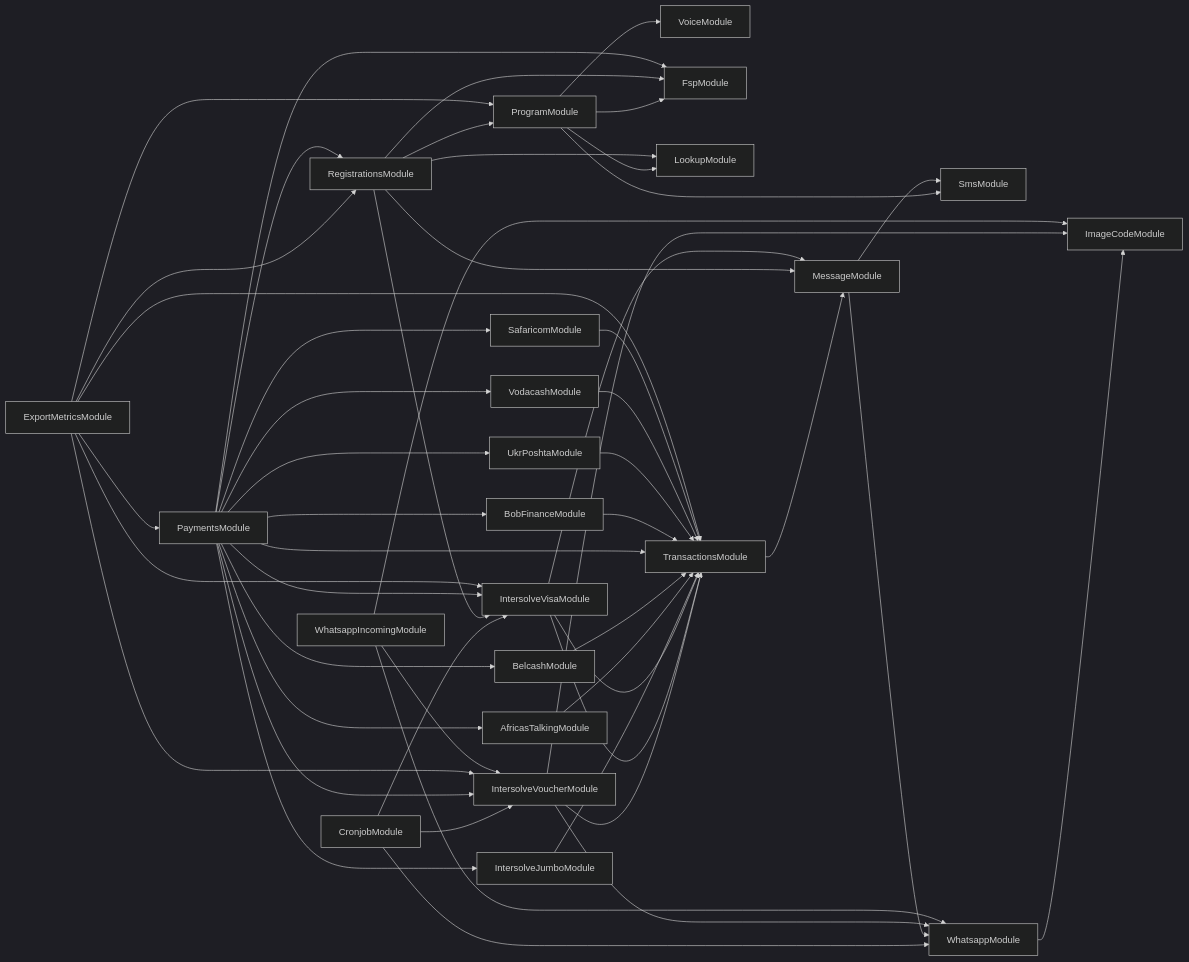
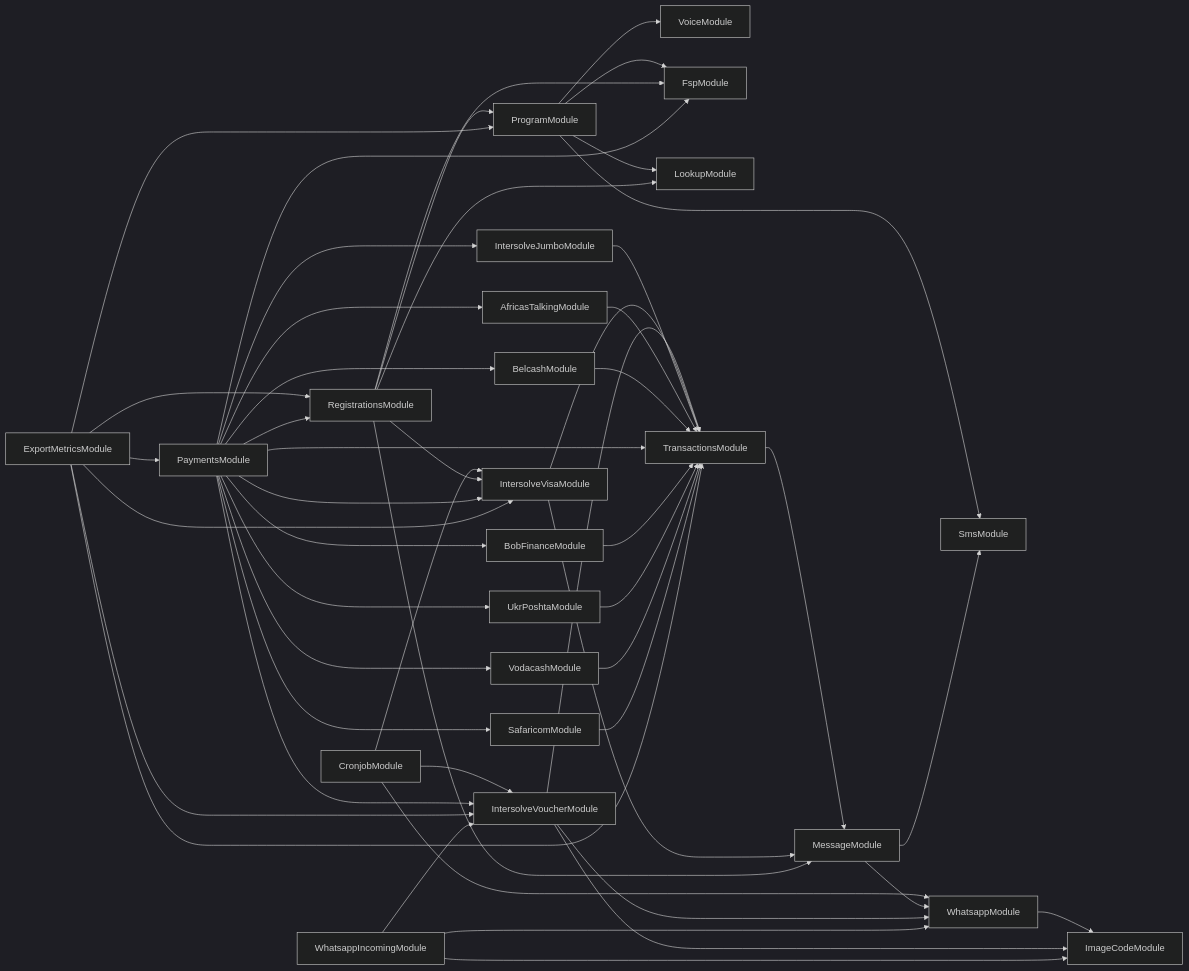
The diagram in services/121-service/module-dependencies.md (global-121/121-platform), drawn with Mermaid (dark theme) before and after one commit.

Commit message:
chore: update module diagram

````diff
--- a/services/121-service/module-dependencies.md
+++ b/services/121-service/module-dependencies.md
@@ -3,53 +3,52 @@
 ```mermaid
 graph LR
   ProgramModule-->SmsModule
   ProgramModule-->VoiceModule
   ProgramModule-->FspModule
   ProgramModule-->LookupModule
   CronjobModule-->WhatsappModule
   WhatsappModule-->ImageCodeModule
   CronjobModule-->IntersolveVoucherModule
   IntersolveVoucherModule-->ImageCodeModule
   IntersolveVoucherModule-->TransactionsModule
   TransactionsModule-->MessageModule
   MessageModule-->WhatsappModule
   MessageModule-->SmsModule
   IntersolveVoucherModule-->WhatsappModule
   CronjobModule-->IntersolveVisaModule
   IntersolveVisaModule-->TransactionsModule
+  IntersolveVisaModule-->MessageModule
   RegistrationsModule-->LookupModule
   RegistrationsModule-->ProgramModule
   RegistrationsModule-->FspModule
   RegistrationsModule-->MessageModule
   RegistrationsModule-->IntersolveVisaModule
-  IntersolveVisaModule-->TransactionsModule
-  IntersolveVisaModule-->MessageModule
   ExportMetricsModule-->ProgramModule
   ExportMetricsModule-->RegistrationsModule
   ExportMetricsModule-->PaymentsModule
   PaymentsModule-->FspModule
   PaymentsModule-->IntersolveVoucherModule
   PaymentsModule-->IntersolveVisaModule
   PaymentsModule-->IntersolveJumboModule
   IntersolveJumboModule-->TransactionsModule
   PaymentsModule-->AfricasTalkingModule
   AfricasTalkingModule-->TransactionsModule
   PaymentsModule-->BelcashModule
   BelcashModule-->TransactionsModule
   PaymentsModule-->TransactionsModule
   PaymentsModule-->BobFinanceModule
   BobFinanceModule-->TransactionsModule
   PaymentsModule-->UkrPoshtaModule
   UkrPoshtaModule-->TransactionsModule
   PaymentsModule-->VodacashModule
   VodacashModule-->TransactionsModule
   PaymentsModule-->SafaricomModule
   SafaricomModule-->TransactionsModule
   PaymentsModule-->RegistrationsModule
   ExportMetricsModule-->TransactionsModule
   ExportMetricsModule-->IntersolveVisaModule
   ExportMetricsModule-->IntersolveVoucherModule
   WhatsappIncomingModule-->ImageCodeModule
   WhatsappIncomingModule-->IntersolveVoucherModule
   WhatsappIncomingModule-->WhatsappModule
 ```
````
